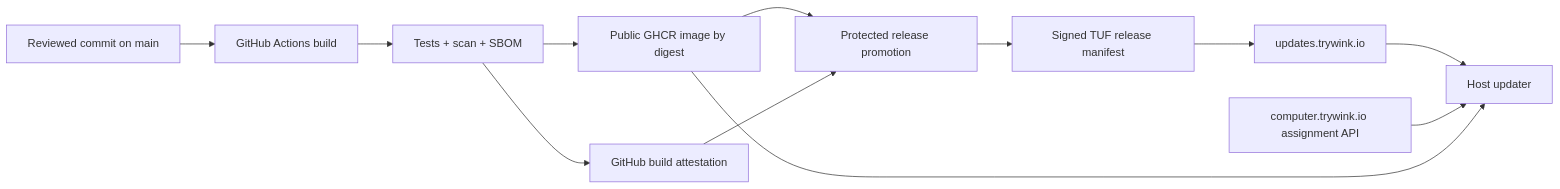
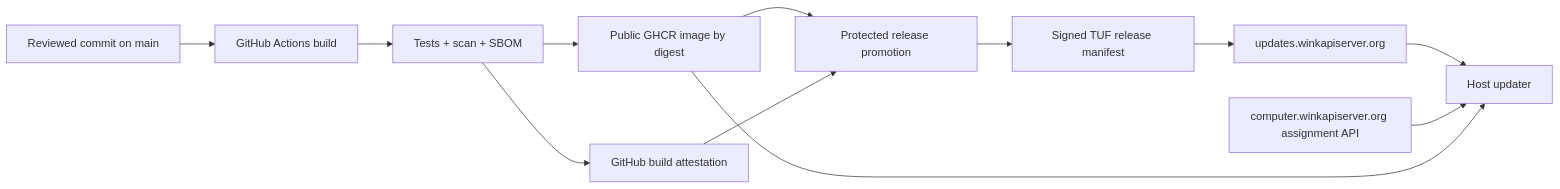
The diagram in docs/update-source-and-release-design.md (mahithsc/mini-aios), drawn with Mermaid before and after one commit. The commit also changed other lines of this file and 27 other files, not shown here.

````diff
--- a/docs/update-source-and-release-design.md
+++ b/docs/update-source-and-release-design.md
@@ -21,14 +21,14 @@
 ```mermaid
 flowchart LR
     PR["Reviewed commit on main"] --> Build["GitHub Actions build"]
     Build --> Test["Tests + scan + SBOM"]
     Test --> GHCR["Public GHCR image by digest"]
     Test --> Provenance["GitHub build attestation"]
     GHCR --> Promote["Protected release promotion"]
     Provenance --> Promote
     Promote --> TUF["Signed TUF release manifest"]
-    TUF --> R2["updates.trywink.io"]
+    TUF --> R2["updates.winkapiserver.org"]
     R2 --> Device["Host updater"]
-    Cloud["computer.trywink.io assignment API"] --> Device
+    Cloud["computer.winkapiserver.org assignment API"] --> Device
     GHCR --> Device
 ```
````
